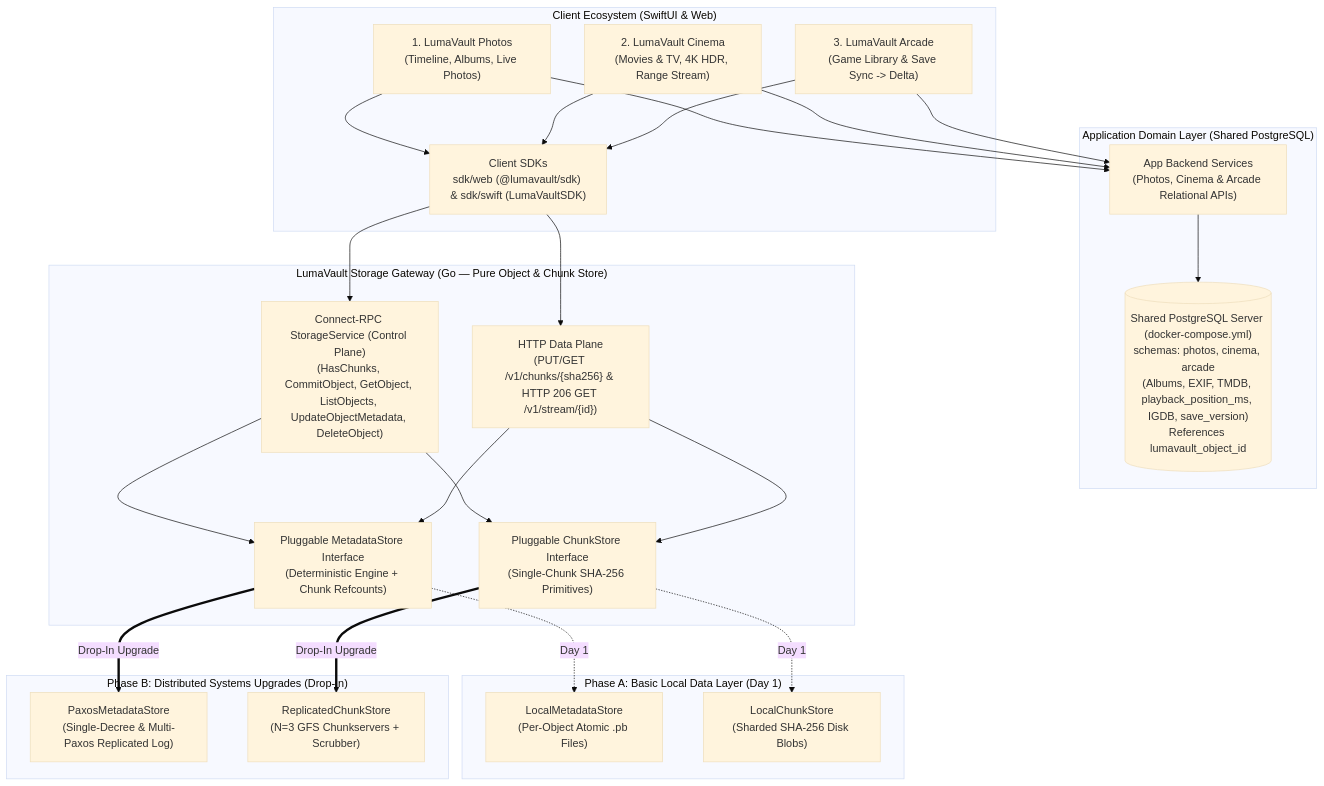
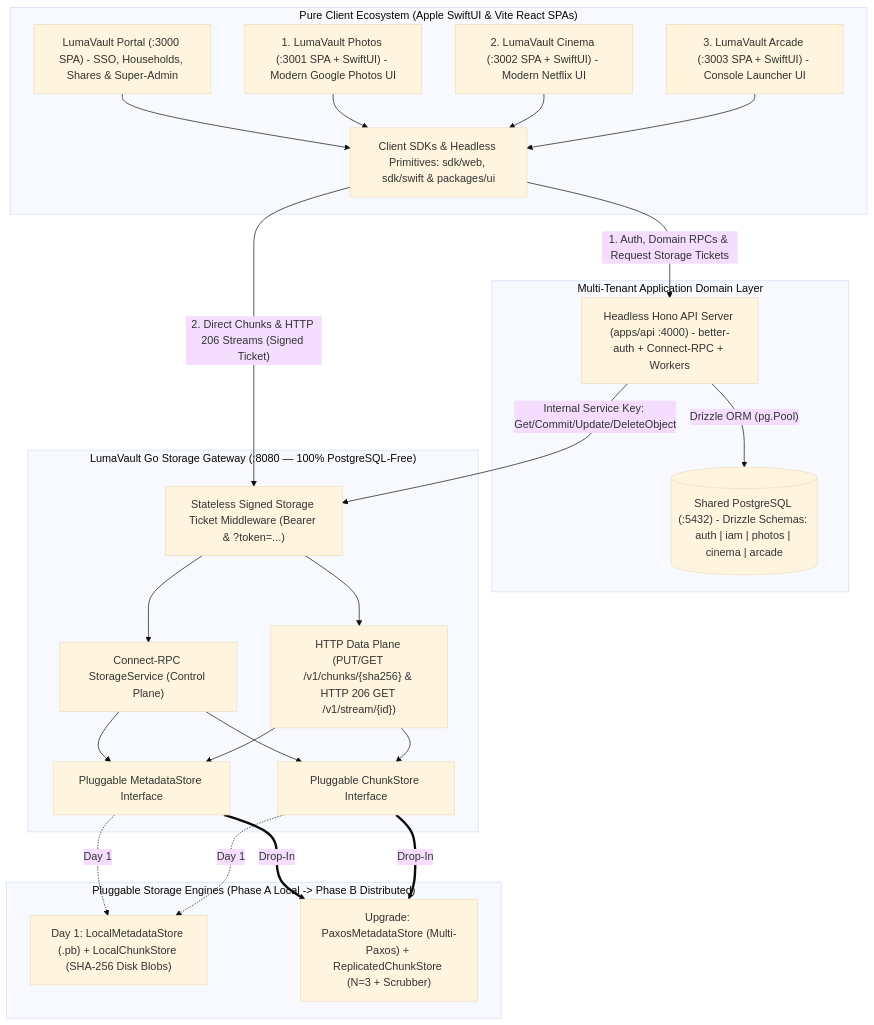
The diagram in docs/BLUEPRINT.md (AgrawalVi/lumavault), drawn with Mermaid (base theme) before and after one commit. The commit also changed other lines of this file and 1 other file, not shown here.

Commit message:
docs: update BLUEPRINT.md and AGENTS.md for multi-tenant Hono API, Vite SPAs & P-LUM-7

````diff
--- a/docs/BLUEPRINT.md
+++ b/docs/BLUEPRINT.md
@@ -20,53 +21,51 @@
 ```mermaid
 flowchart TD
-    subgraph Clients["Client Ecosystem (SwiftUI & Web)"]
-        Photos["1. LumaVault Photos<br/>(Timeline, Albums, Live Photos)"]
-        Cinema["2. LumaVault Cinema<br/>(Movies & TV, 4K HDR, Range Stream)"]
-        Arcade["3. LumaVault Arcade<br/>(Game Library & Save Sync -> Delta)"]
-        SDKs["Client SDKs<br/>sdk/web (@lumavault/sdk) & sdk/swift (LumaVaultSDK)"]
+    subgraph Clients["Pure Client Ecosystem (Apple SwiftUI & Vite React SPAs)"]
+        Portal["LumaVault Portal (:3000 SPA) - SSO, Households, Shares & Super-Admin"]
+        Photos["1. LumaVault Photos (:3001 SPA + SwiftUI) - Modern Google Photos UI"]
+        Cinema["2. LumaVault Cinema (:3002 SPA + SwiftUI) - Modern Netflix UI"]
+        Arcade["3. LumaVault Arcade (:3003 SPA + SwiftUI) - Console Launcher UI"]
+        SDKs["Client SDKs & Headless Primitives: sdk/web, sdk/swift & packages/ui"]
     end
 
-    subgraph AppLayer["Application Domain Layer (Shared PostgreSQL)"]
-        AppAPIs["App Backend Services<br/>(Photos, Cinema & Arcade Relational APIs)"]
-        Postgres[("Shared PostgreSQL Server (docker-compose.yml)<br/>schemas: photos, cinema, arcade<br/>(Albums, EXIF, TMDB, playback_position_ms, IGDB, save_version)<br/>References lumavault_object_id")]
+    subgraph AppLayer["Multi-Tenant Application Domain Layer"]
+        HonoAPI["Headless Hono API Server (apps/api :4000) - better-auth + Connect-RPC + Workers"]
+        Postgres[("Shared PostgreSQL (:5432) - Drizzle Schemas: auth | iam | photos | cinema | arcade")]
     end
 
-    subgraph Gateway["LumaVault Storage Gateway (Go — Pure Object & Chunk Store)"]
-        RPC_API["Connect-RPC StorageService (Control Plane)<br/>(HasChunks, CommitObject, GetObject, ListObjects, UpdateObjectMetadata, DeleteObject)"]
-        HTTP_Stream["HTTP Data Plane<br/>(PUT/GET /v1/chunks/{sha256} & HTTP 206 GET /v1/stream/{id})"]
-        MetaIface["Pluggable MetadataStore Interface<br/>(Deterministic Engine + Chunk Refcounts)"]
-        ChunkIface["Pluggable ChunkStore Interface<br/>(Single-Chunk SHA-256 Primitives)"]
+    subgraph Gateway["LumaVault Go Storage Gateway (:8080 — 100% PostgreSQL-Free)"]
+        TicketAuth["Stateless Signed Storage Ticket Middleware (Bearer & ?token=...)"]
+        RPC_API["Connect-RPC StorageService (Control Plane)"]
+        HTTP_Stream["HTTP Data Plane (PUT/GET /v1/chunks/{sha256} & HTTP 206 GET /v1/stream/{id})"]
+        MetaIface["Pluggable MetadataStore Interface"]
+        ChunkIface["Pluggable ChunkStore Interface"]
     end
 
-    subgraph BasicLayer["Phase A: Basic Local Data Layer (Day 1)"]
-        LocalMeta["LocalMetadataStore<br/>(Per-Object Atomic <id>.pb Files)"]
-        LocalChunk["LocalChunkStore<br/>(Sharded SHA-256 Disk Blobs)"]
+    subgraph Engines["Pluggable Storage Engines (Phase A Local -> Phase B Distributed)"]
+        LocalStores["Day 1: LocalMetadataStore (<id>.pb) + LocalChunkStore (SHA-256 Disk Blobs)"]
+        DistStores["Upgrade: PaxosMetadataStore (Multi-Paxos) + ReplicatedChunkStore (N=3 + Scrubber)"]
     end
 
-    subgraph DistLayer["Phase B: Distributed Systems Upgrades (Drop-In)"]
-        Paxos["PaxosMetadataStore<br/>(Single-Decree & Multi-Paxos Replicated Log)"]
-        ChunkCluster["ReplicatedChunkStore<br/>(N=3 GFS Chunkservers + Scrubber)"]
-    end
-
-    Photos --> AppAPIs
-    Cinema --> AppAPIs
-    Arcade --> AppAPIs
-    AppAPIs --> Postgres
-
+    Portal --> SDKs
     Photos --> SDKs
     Cinema --> SDKs
     Arcade --> SDKs
-    SDKs --> RPC_API
-    SDKs --> HTTP_Stream
+
+    SDKs -->|"1. Auth, Domain RPCs & Request Storage Tickets"| HonoAPI
+    HonoAPI -->|"Drizzle ORM (pg.Pool)"| Postgres
+    HonoAPI -->|"Internal Service Key: Get/Commit/Update/DeleteObject"| TicketAuth
+
+    SDKs -->|"2. Direct Chunks & HTTP 206 Streams (Signed Ticket)"| TicketAuth
+    TicketAuth --> RPC_API
+    TicketAuth --> HTTP_Stream
 
     RPC_API --> MetaIface
     RPC_API --> ChunkIface
     HTTP_Stream --> MetaIface
     HTTP_Stream --> ChunkIface
 
-    MetaIface -.->|"Day 1"| LocalMeta
-    ChunkIface -.->|"Day 1"| LocalChunk
-
-    MetaIface ==>|"Drop-In Upgrade"| Paxos
-    ChunkIface ==>|"Drop-In Upgrade"| ChunkCluster
+    MetaIface -.->|"Day 1"| LocalStores
+    ChunkIface -.->|"Day 1"| LocalStores
+    MetaIface ==>|"Drop-In"| DistStores
+    ChunkIface ==>|"Drop-In"| DistStores
 ```
````
